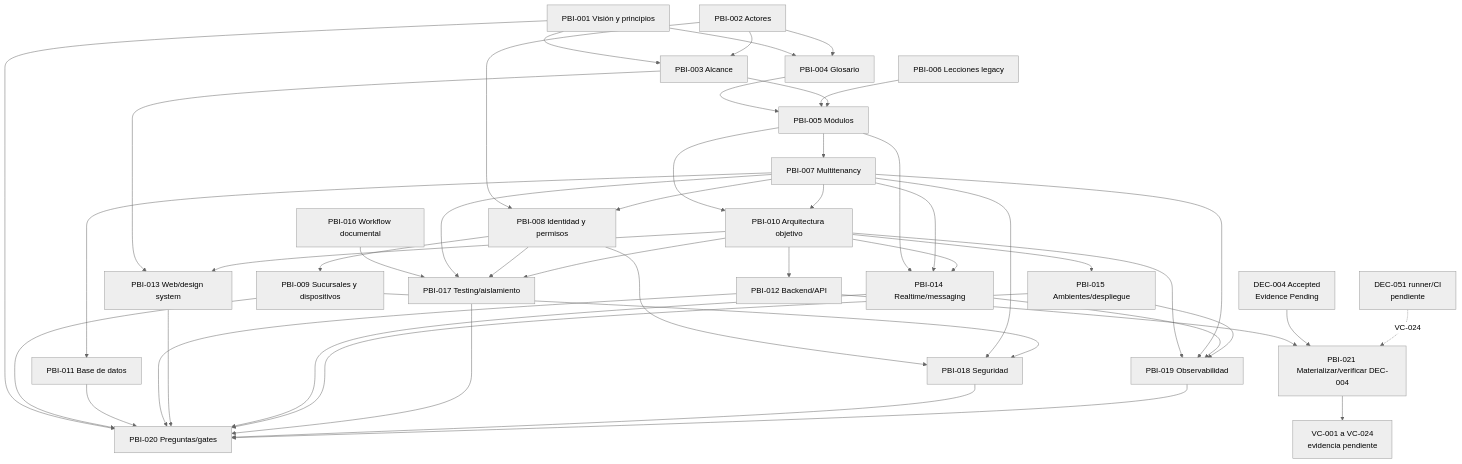
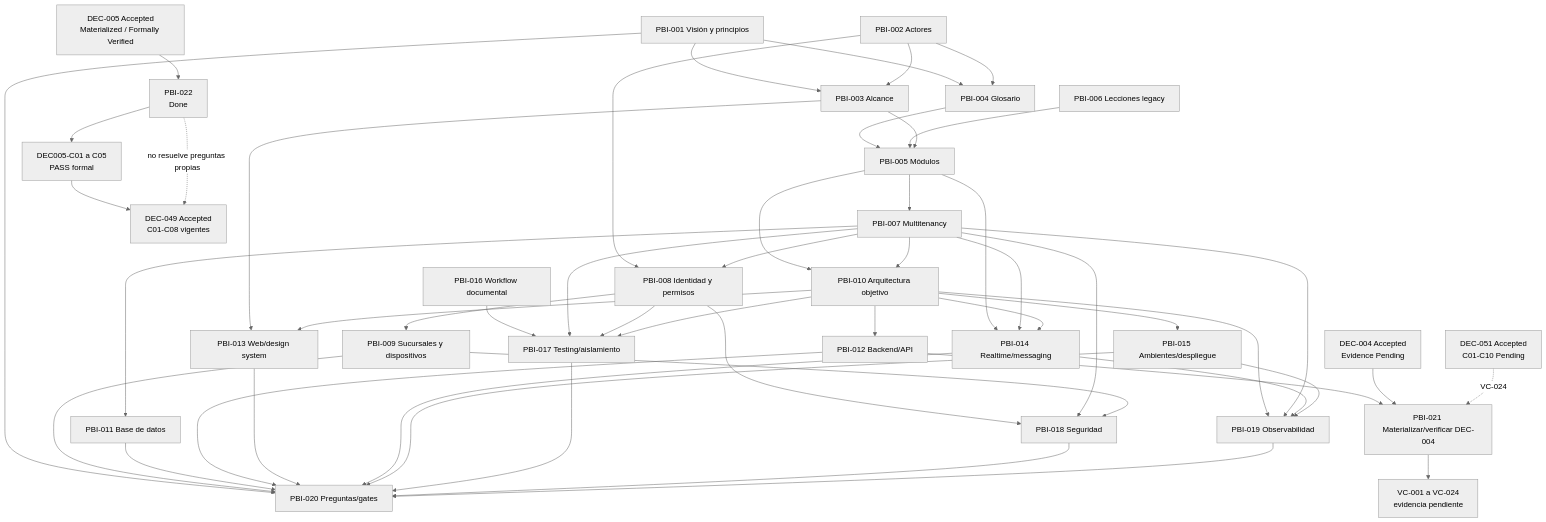
The diagram in docs/backlog/DEPENDENCY_MAP.md (luisgtzaviles/SrTaller-2.0), drawn with Mermaid (neutral theme) before and after one commit. The commit also changed other lines of this file and 111 other files, not shown here.

Commit message:
chore: consolidate Sprint 00 architecture and verification gates

````diff
--- a/docs/backlog/DEPENDENCY_MAP.md
+++ b/docs/backlog/DEPENDENCY_MAP.md
@@ -7,49 +7,53 @@
 ```mermaid
 flowchart TD
     V[PBI-001 Visión y principios] --> S[PBI-003 Alcance]
     A[PBI-002 Actores] --> S
     V --> G[PBI-004 Glosario]
     A --> G
     G --> M[PBI-005 Módulos]
     L[PBI-006 Lecciones legacy] --> M
     S --> M
     M --> MT[PBI-007 Multitenancy]
     A --> IAM[PBI-008 Identidad y permisos]
     MT --> IAM
     IAM --> BD[PBI-009 Sucursales y dispositivos]
     M --> APP[PBI-010 Arquitectura objetivo]
     MT --> APP
     MT --> DB[PBI-011 Base de datos]
     APP --> API[PBI-012 Backend/API]
     S --> WEB[PBI-013 Web/design system]
     APP --> WEB
     M --> RT[PBI-014 Realtime/messaging]
     MT --> RT
     APP --> RT
     APP --> DEP[PBI-015 Ambientes/despliegue]
     WF[PBI-016 Workflow documental] --> Q[PBI-017 Testing/aislamiento]
     MT --> Q
     IAM --> Q
     APP --> Q
     IAM --> SEC[PBI-018 Seguridad]
     MT --> SEC
     BD --> SEC
     APP --> OBS[PBI-019 Observabilidad]
     MT --> OBS
     RT --> OBS
     DEP --> OBS
     V --> GATE[PBI-020 Preguntas/gates]
     BD --> GATE
     DB --> GATE
     API --> GATE
     WEB --> GATE
     RT --> GATE
     DEP --> GATE
     Q --> GATE
     SEC --> GATE
     OBS --> GATE
     API --> TOOL[PBI-021 Materializar/verificar DEC-004]
     DEC004[DEC-004 Accepted<br/>Evidence Pending] --> TOOL
-    DEC051[DEC-051 runner/CI<br/>pendiente] -. VC-024 .-> TOOL
+    DEC051[DEC-051 Accepted<br/>C01-C10 Pending] -. VC-024 .-> TOOL
     TOOL --> VC[VC-001 a VC-024<br/>evidencia pendiente]
+    DEC005[DEC-005 Accepted<br/>Materialized / Formally Verified] --> MOD[PBI-022<br/>Done]
+    MOD --> D5E[DEC005-C01 a C05<br/>PASS formal]
+    D5E --> DEC049[DEC-049 Accepted<br/>C01-C08 vigentes]
+    MOD -. no resuelve preguntas propias .-> DEC049
 ```
````
